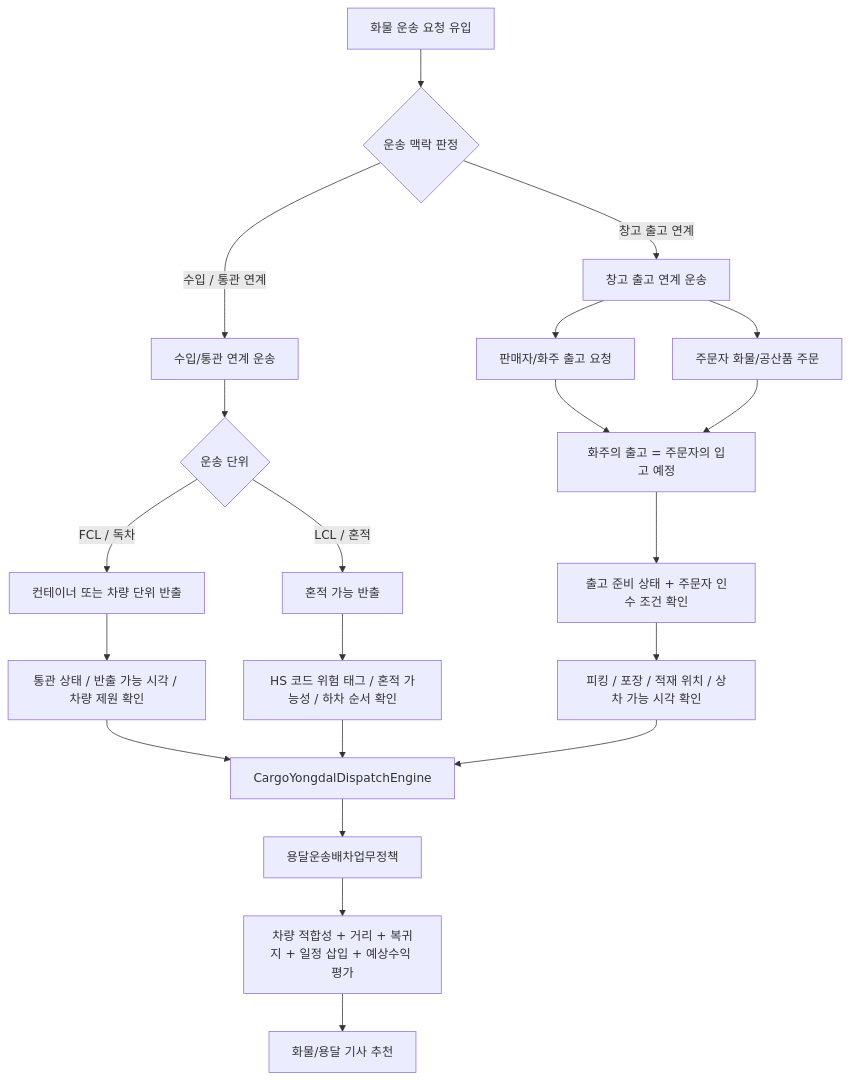
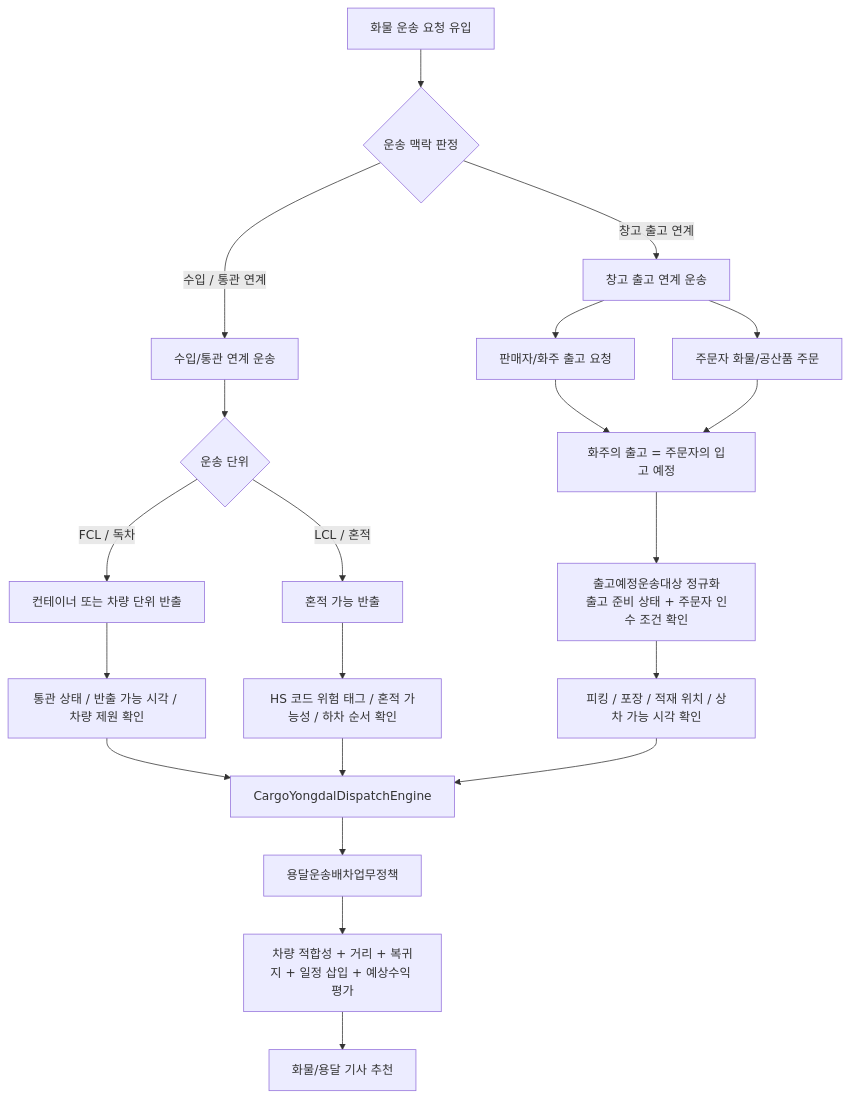
One commit to cheolwo/hongdal changed the second of 3 diagrams in docs/ProjectOverview/dispatch-flows.md. Above: the diagram before and after it, drawn with Mermaid. The commit also changed other lines of this file and 27 other files, not shown here.

````diff
--- a/docs/ProjectOverview/dispatch-flows.md
+++ b/docs/ProjectOverview/dispatch-flows.md
@@ -40,25 +59,25 @@
 ```mermaid
 flowchart TD
     A["화물 운송 요청 유입"] --> B{"운송 맥락 판정"}
     B -->|수입 / 통관 연계| C["수입/통관 연계 운송"]
     C --> C1{"운송 단위"}
     C1 -->|FCL / 독차| C2["컨테이너 또는 차량 단위 반출"]
     C1 -->|LCL / 혼적| C3["혼적 가능 반출"]
     C2 --> C4["통관 상태 / 반출 가능 시각 / 차량 제원 확인"]
     C3 --> C5["HS 코드 위험 태그 / 혼적 가능성 / 하차 순서 확인"]
 
     B -->|창고 출고 연계| D["창고 출고 연계 운송"]
     D --> D1["판매자/화주 출고 요청"]
     D --> D2["주문자 화물/공산품 주문"]
     D1 --> D3["화주의 출고 = 주문자의 입고 예정"]
     D2 --> D3
-    D3 --> D4["출고 준비 상태 + 주문자 인수 조건 확인"]
+    D3 --> D4["출고예정운송대상 정규화<br/>출고 준비 상태 + 주문자 인수 조건 확인"]
     D4 --> D5["피킹 / 포장 / 적재 위치 / 상차 가능 시각 확인"]
 
     C4 --> E["CargoYongdalDispatchEngine"]
     C5 --> E
     D5 --> E
     E --> F["용달운송배차업무정책"]
     F --> G["차량 적합성 + 거리 + 복귀지 + 일정 삽입 + 예상수익 평가"]
     G --> H["화물/용달 기사 추천"]
 ```
````
